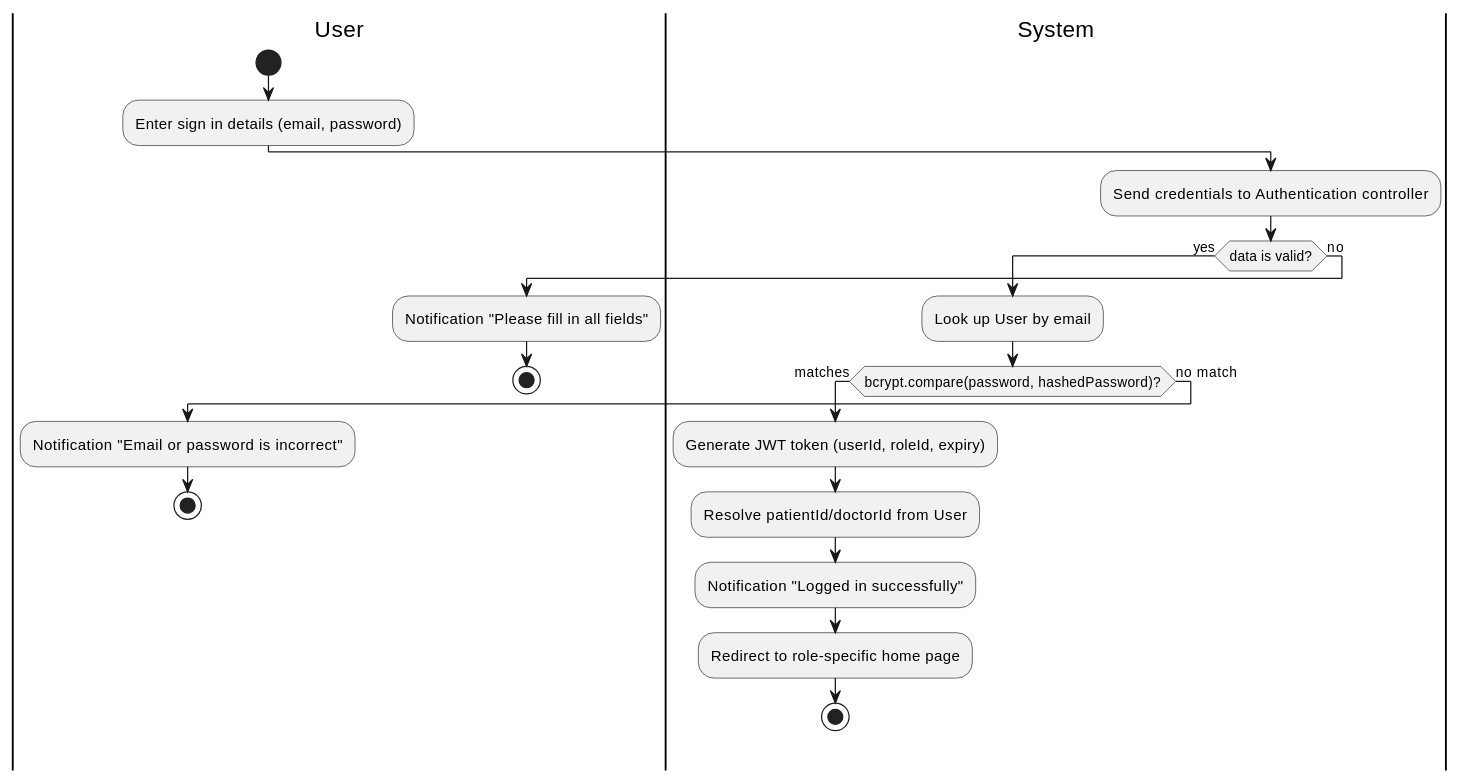
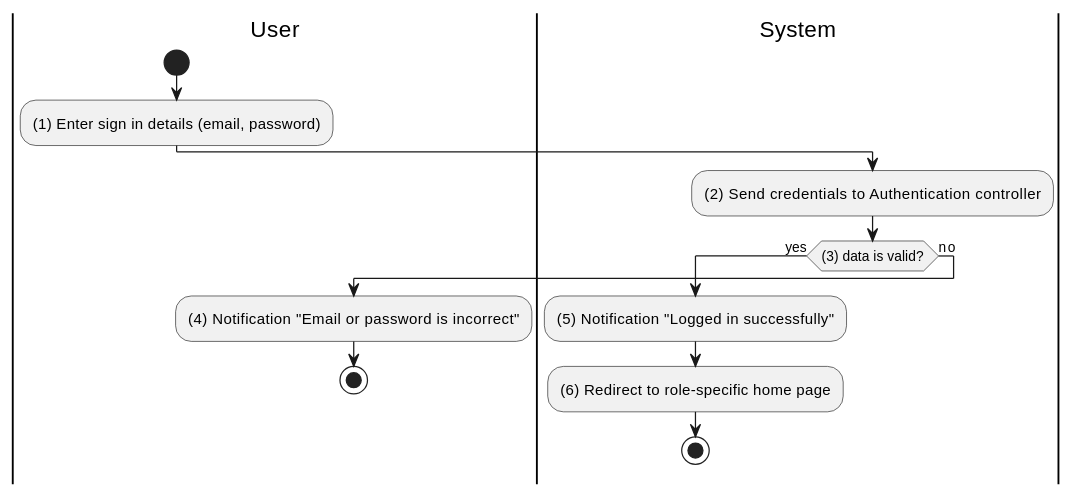
One commit to MinhThienNguyen040905/SE356---He-thong-phong-kham changed the first of 27 diagrams in Docs/SRS.md. Above: the diagram before and after it, drawn with PlantUML. The commit also changed other lines of this file, not shown here.

Commit message:
Implement feature X to enhance user experience and optimize performance

````diff
--- a/Docs/SRS.md
+++ b/Docs/SRS.md
@@ -144,27 +144,18 @@
 ```plantuml
 @startuml
 |User|
 start
-:Enter sign in details (email, password);
+:(1) Enter sign in details (email, password);
 |System|
-:Send credentials to Authentication controller;
-if (data is valid?) then (yes)
-  :Look up User by email;
-  if (bcrypt.compare(password, hashedPassword)?) then (matches)
-    :Generate JWT token (userId, roleId, expiry);
-    :Resolve patientId/doctorId from User;
-    :Notification "Logged in successfully";
-    :Redirect to role-specific home page;
-    stop
-  else (no match)
-    |User|
-    :Notification "Email or password is incorrect";
-    stop
-  endif
+:(2) Send credentials to Authentication controller;
+if ((3) data is valid?) then (yes)
+  :(5) Notification "Logged in successfully";
+  :(6) Redirect to role-specific home page;
+  stop
 else (no)
   |User|
-  :Notification "Please fill in all fields";
+  :(4) Notification "Email or password is incorrect";
   stop
 endif
 @enduml
 ```
````
